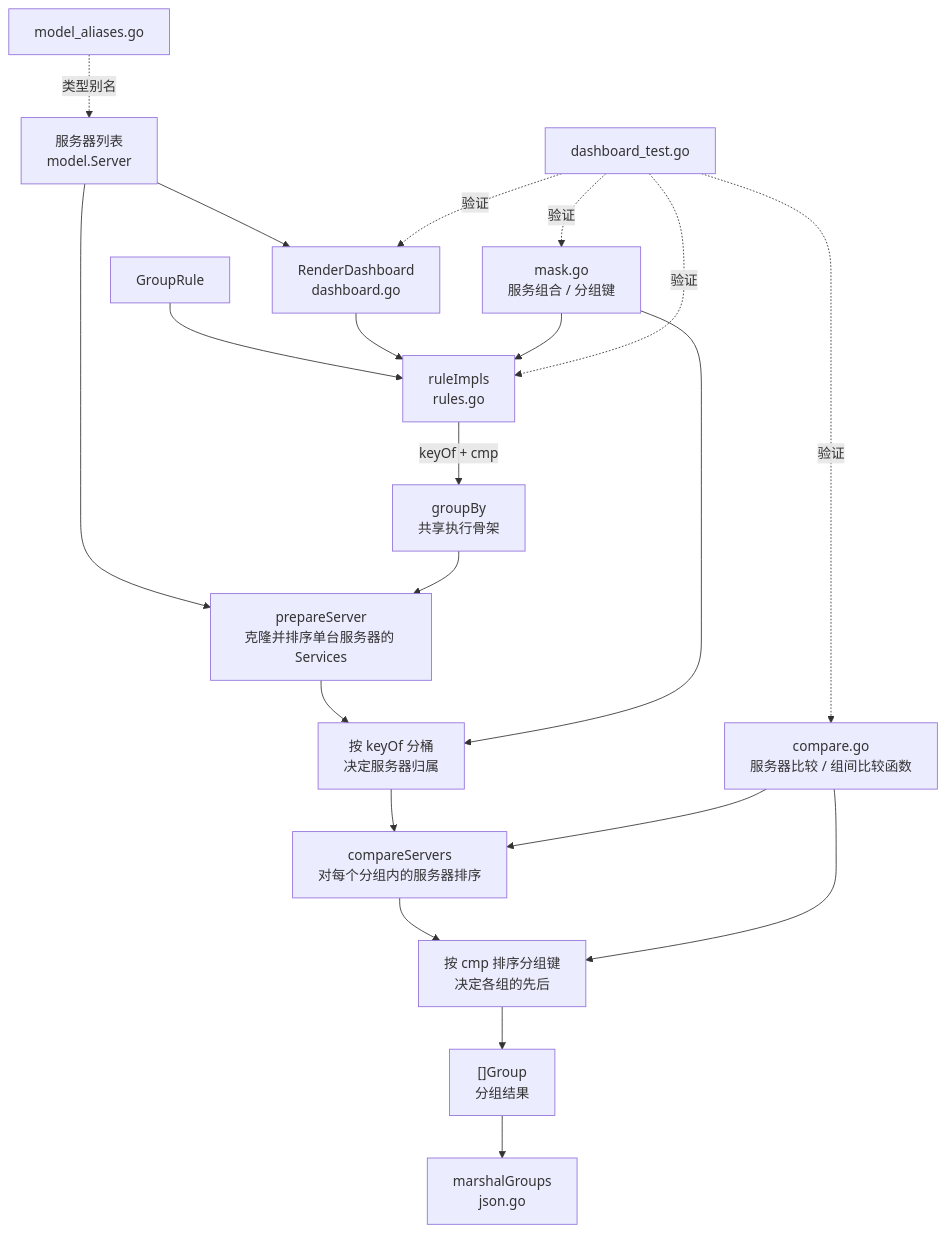
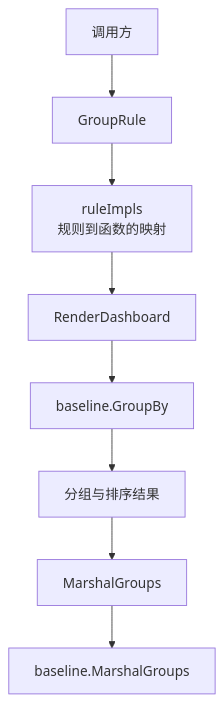
Before and after one commit to musicalzhu/dashboardService: the diagram in datadriven/README.md, drawn with Mermaid. The commit also changed other lines of this file and 32 other files, not shown here.

````diff
--- a/datadriven/README.md
+++ b/datadriven/README.md
@@ -24,23 +25,10 @@
 ```mermaid
 flowchart TD
-    Input["服务器列表<br/>model.Server"] --> Entry["RenderDashboard<br/>dashboard.go"]
-    Rule["GroupRule"] --> Table["ruleImpls<br/>rules.go"]
-    Entry --> Table
-    Table -->|keyOf + cmp| Core["groupBy<br/>共享执行骨架"]
-    Input --> Prep["prepareServer<br/>克隆并排序单台服务器的 Services"]
-    Prep --> Bucket["按 keyOf 分桶<br/>决定服务器归属"]
-    Mask["mask.go<br/>服务组合 / 分组键"] --> Table
-    Mask --> Bucket
-    Core --> Prep
-    Bucket --> InnerSort["compareServers<br/>对每个分组内的服务器排序"]
-    Compare["compare.go<br/>服务器比较 / 组间比较函数"] --> InnerSort
-    InnerSort --> GroupKeys["按 cmp 排序分组键<br/>决定各组的先后"]
-    Compare --> GroupKeys
-    GroupKeys --> Result["[]Group<br/>分组结果"]
-    Result --> JSON["marshalGroups<br/>json.go"]
-    Aliases["model_aliases.go"] -.类型别名.-> Input
-    Tests["dashboard_test.go"] -.验证.-> Entry
-    Tests -.验证.-> Table
-    Tests -.验证.-> Mask
-    Tests -.验证.-> Compare
+    Caller["调用方"] --> Rule["GroupRule"]
+    Rule --> Table["ruleImpls<br/>规则到函数的映射"]
+    Table --> Dispatch["RenderDashboard"]
+    Dispatch --> Core["baseline.GroupBy"]
+    Core --> Groups["分组与排序结果"]
+    Groups --> JSON["MarshalGroups"]
+    JSON --> Encoder["baseline.MarshalGroups"]
 ```
````
